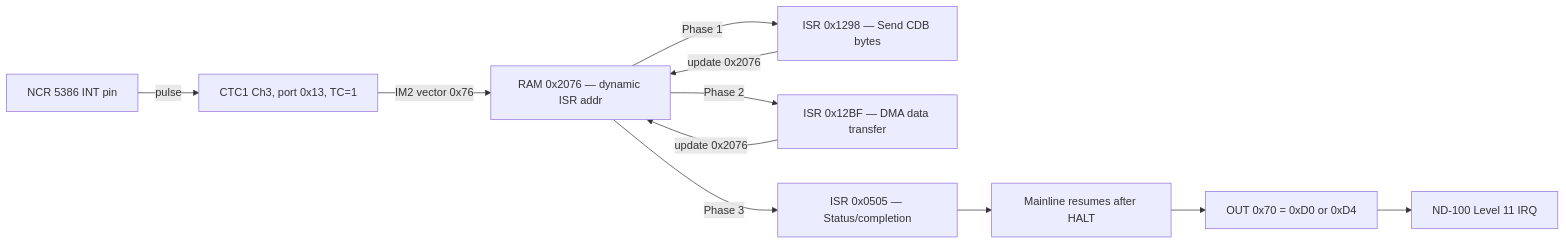
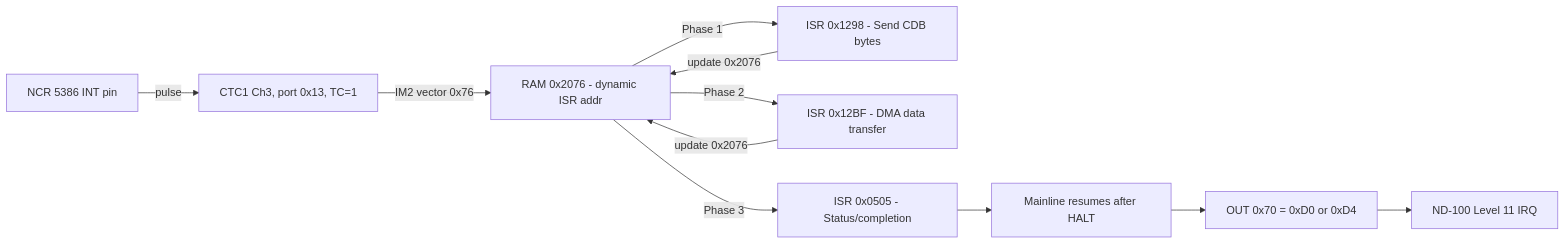
One commit to HackerCorpLabs/NDInsight changed the fourth of 13 diagrams in SINTRAN/Devices/SCSI/nd-scsi-3201.md. Above: the diagram before and after it, drawn with Mermaid. The commit also changed other lines of this file and 1931 other files, not shown here.

````diff
--- a/SINTRAN/Devices/SCSI/nd-scsi-3201.md
+++ b/SINTRAN/Devices/SCSI/nd-scsi-3201.md
@@ -879,13 +1110,13 @@
 ```mermaid
 flowchart LR
     NCR["NCR 5386 INT pin"] -->|pulse| CTC["CTC1 Ch3, port 0x13, TC=1"]
-    CTC -->|IM2 vector 0x76| VEC["RAM 0x2076 — dynamic ISR addr"]
-    VEC -->|Phase 1| ISR1["ISR 0x1298 — Send CDB bytes"]
-    VEC -->|Phase 2| ISR2["ISR 0x12BF — DMA data transfer"]
-    VEC -->|Phase 3| ISR3["ISR 0x0505 — Status/completion"]
+    CTC -->|IM2 vector 0x76| VEC["RAM 0x2076 - dynamic ISR addr"]
+    VEC -->|Phase 1| ISR1["ISR 0x1298 - Send CDB bytes"]
+    VEC -->|Phase 2| ISR2["ISR 0x12BF - DMA data transfer"]
+    VEC -->|Phase 3| ISR3["ISR 0x0505 - Status/completion"]
     ISR1 -->|update 0x2076| VEC
     ISR2 -->|update 0x2076| VEC
     ISR3 --> DONE["Mainline resumes after HALT"]
     DONE --> PORT70["OUT 0x70 = 0xD0 or 0xD4"]
     PORT70 --> ND100["ND-100 Level 11 IRQ"]
 ```
````
